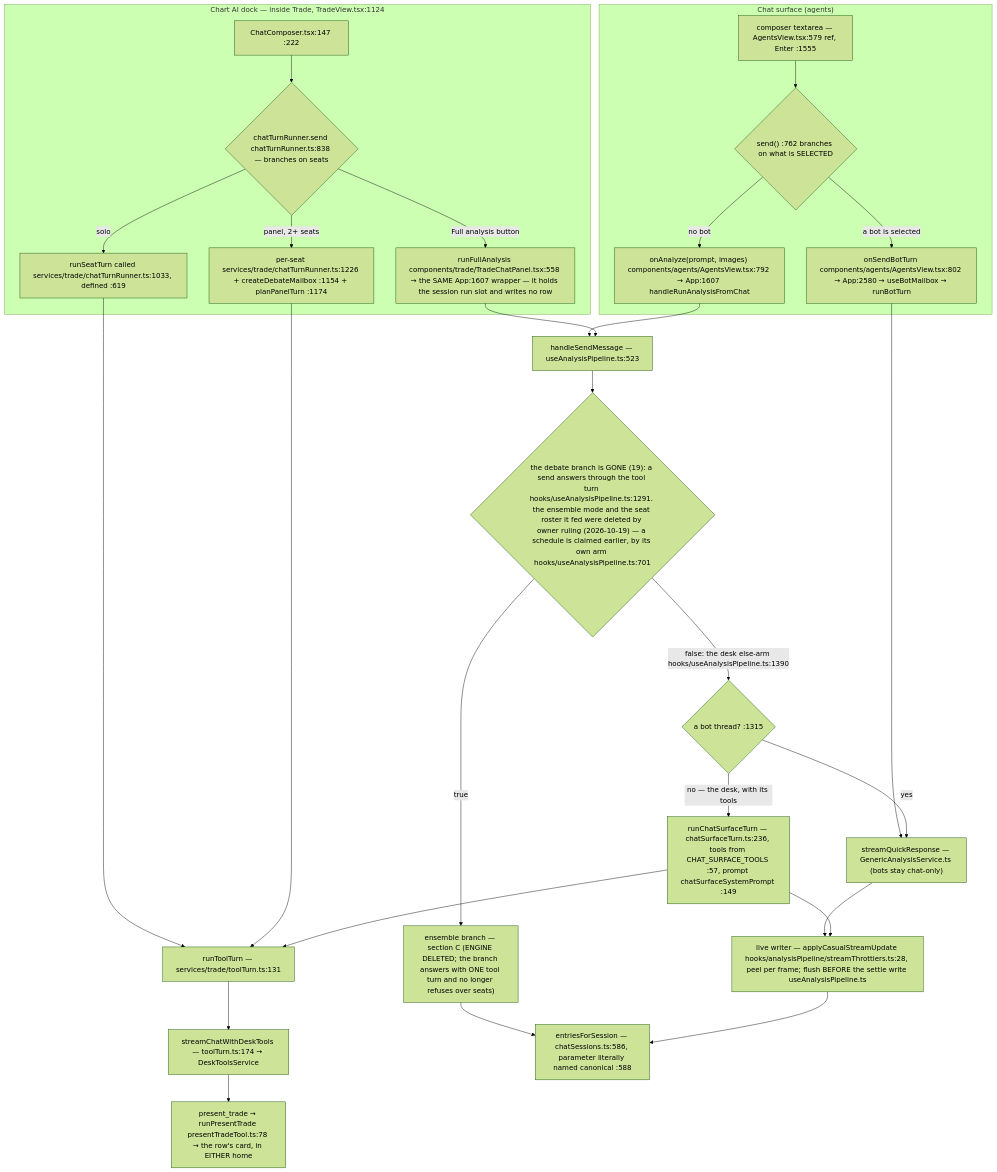
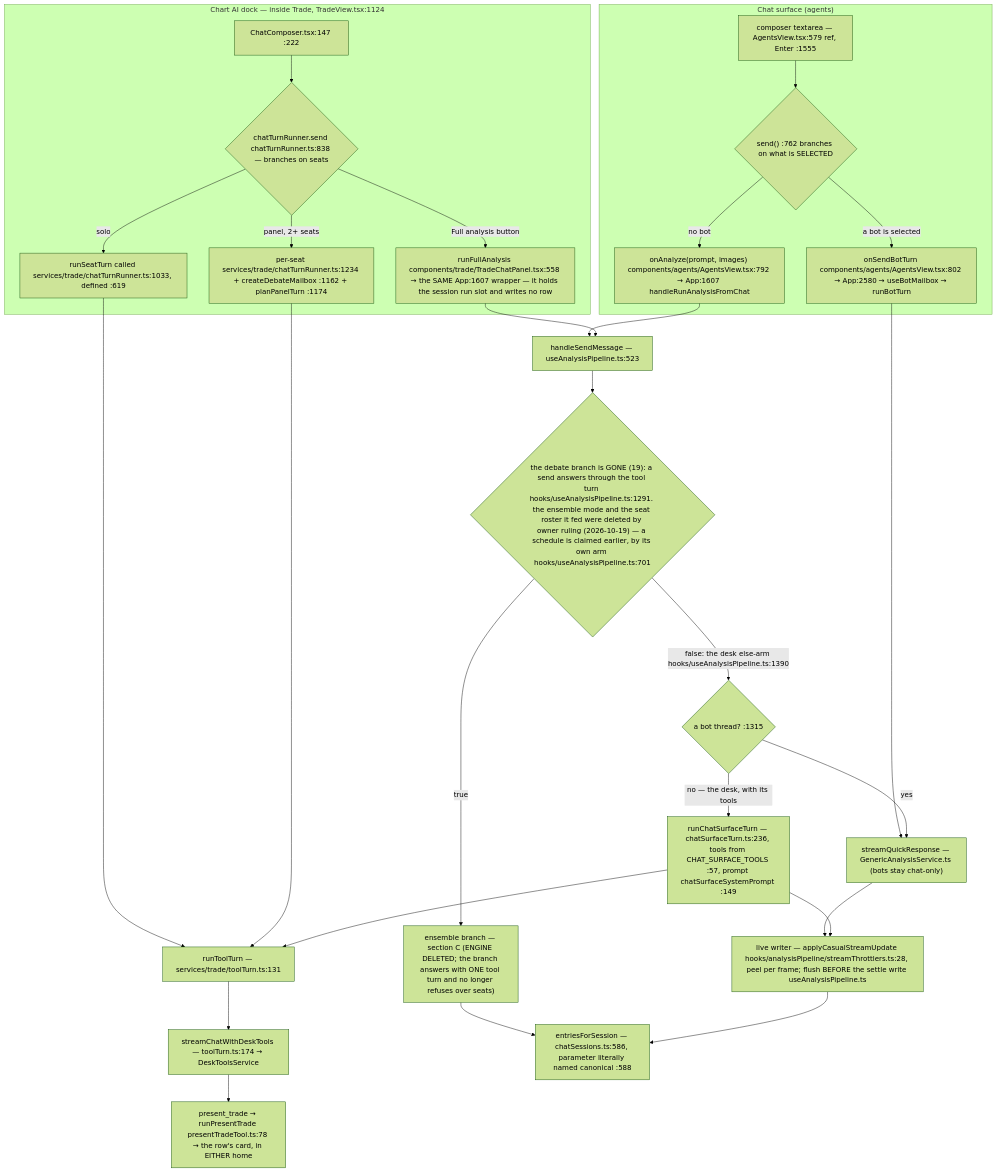
Before and after one commit to Acepay25/august-3.5: the second of 8 diagrams in docs/app-flow.md, drawn with Mermaid (forest theme). The commit also changed other lines of this file and 1 other file, not shown here.

First line of the commit message:
docs(flow): re-measure the anchors the gate cannot see

````diff
--- a/docs/app-flow.md
+++ b/docs/app-flow.md
@@ -73,31 +73,31 @@
 ```mermaid
 flowchart TD
     subgraph CHAT["Chat surface (agents)"]
         CB["composer textarea — AgentsView.tsx:579 ref, Enter :1555"] --> D1{"send() :762 branches on what is SELECTED"}
         D1 -->|a bot is selected| BOT["onSendBotTurn components/agents/AgentsView.tsx:802 → App:2580 → useBotMailbox → runBotTurn"]
         D1 -->|no bot| AN["onAnalyze(prompt, images) components/agents/AgentsView.tsx:792 → App:1607 handleRunAnalysisFromChat"]
     end
     subgraph DOCK["Chart AI dock — inside Trade, TradeView.tsx:1124"]
         DC["ChatComposer.tsx:147 :222"] --> D2{"chatTurnRunner.send chatTurnRunner.ts:838 — branches on seats"}
         D2 -->|solo| SO["runSeatTurn called services/trade/chatTurnRunner.ts:1033, defined :619"]
-        D2 -->|panel, 2+ seats| PN["per-seat services/trade/chatTurnRunner.ts:1226 + createDebateMailbox :1154 + planPanelTurn :1174"]
+        D2 -->|panel, 2+ seats| PN["per-seat services/trade/chatTurnRunner.ts:1234 + createDebateMailbox :1162 + planPanelTurn :1174"]
         D2 -->|Full analysis button| FA["runFullAnalysis components/trade/TradeChatPanel.tsx:558 → the SAME App:1607 wrapper — it holds the session run slot and writes no row"]
     end
     SO --> TT["runToolTurn — services/trade/toolTurn.ts:131"]
     PN --> TT
     TT --> SCDT["streamChatWithDeskTools — toolTurn.ts:174 → DeskToolsService"]
     BOT --> TR["streamQuickResponse — GenericAnalysisService.ts (bots stay chat-only)"]
     AN --> HSM["handleSendMessage — useAnalysisPipeline.ts:523"]
     FA --> HSM
     HSM --> D3{"the debate branch is GONE (19): a send answers through the tool turn hooks/useAnalysisPipeline.ts:1291. the ensemble mode and the seat roster it fed were deleted by owner ruling (2026-10-19) — a schedule is claimed earlier, by its own arm hooks/useAnalysisPipeline.ts:701"}
     D3 -->|true| ENS["ensemble branch — section C (ENGINE DELETED; the branch answers with ONE tool turn and no longer refuses over seats)"]
     D3 -->|false: the desk else-arm hooks/useAnalysisPipeline.ts:1390| SPLIT{"a bot thread? :1315"}
     SPLIT -->|yes| TR
     SPLIT -->|no — the desk, with its tools| CST["runChatSurfaceTurn — chatSurfaceTurn.ts:236, tools from CHAT_SURFACE_TOOLS :57, prompt chatSurfaceSystemPrompt :149"]
     CST --> TT
     TR --> LW["live writer — applyCasualStreamUpdate hooks/analysisPipeline/streamThrottlers.ts:28, peel per frame; flush BEFORE the settle write useAnalysisPipeline.ts"]
     CST --> LW
     ENS --> MERGE
     LW --> MERGE["entriesForSession — chatSessions.ts:586, parameter literally named canonical :588"]
     SCDT --> PT["present_trade → runPresentTrade presentTradeTool.ts:78 → the row's card, in EITHER home"]
 ```
````
